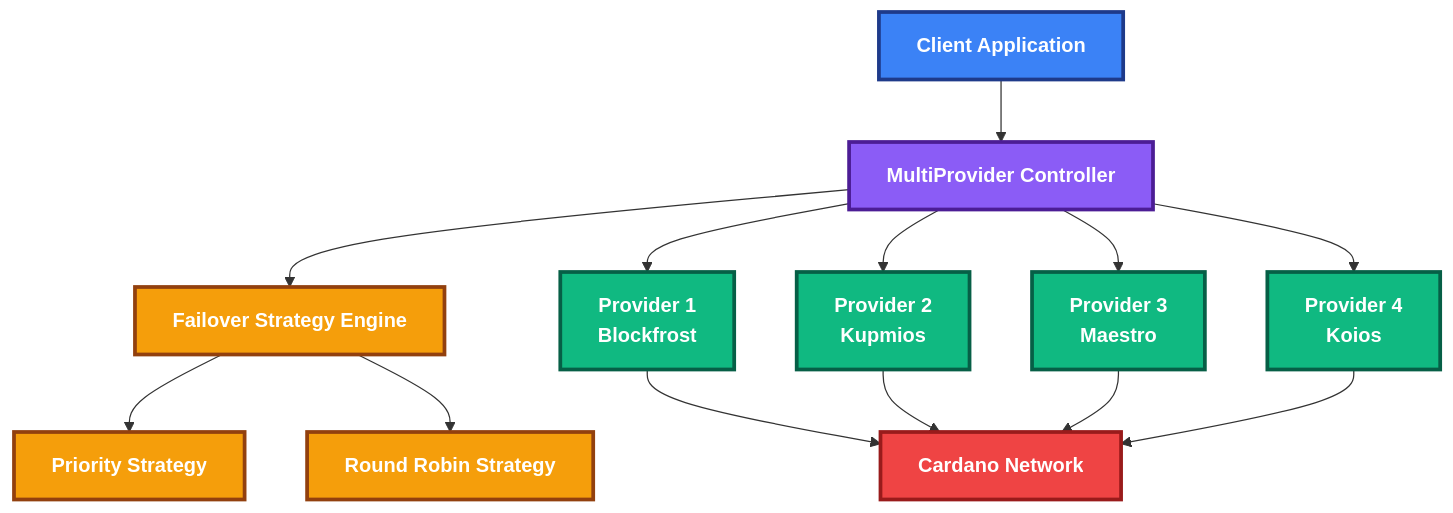
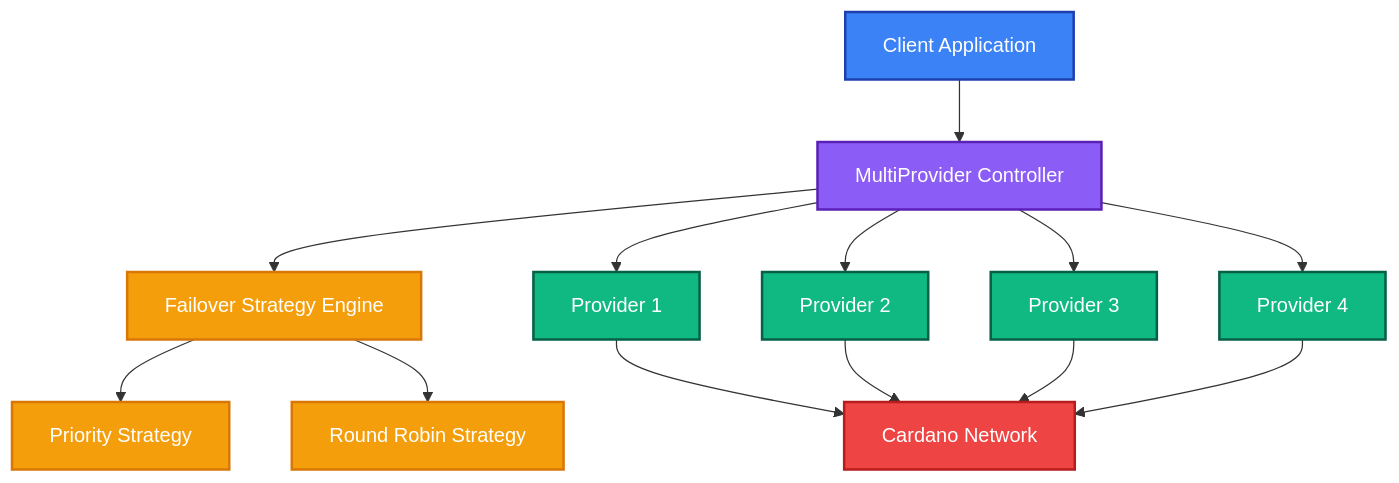
One commit to IntersectMBO/evolution-sdk changed the first of 5 diagrams in .specs/provider-failover.md. Above: the diagram before and after it, drawn with Mermaid. The commit also changed other lines of this file and 3 other files, not shown here.

````diff
--- a/.specs/provider-failover.md
+++ b/.specs/provider-failover.md
@@ -18,30 +19,30 @@
 ```mermaid
 graph TB
     Client[Client Application] --> MultiProvider[MultiProvider Controller]
     MultiProvider --> FailoverStrategy[Failover Strategy Engine]
     
     FailoverStrategy --> Priority[Priority Strategy]
     FailoverStrategy --> RoundRobin[Round Robin Strategy]
     
-    MultiProvider --> P1[Provider 1<br/>Blockfrost]
-    MultiProvider --> P2[Provider 2<br/>Kupmios]
-    MultiProvider --> P3[Provider 3<br/>Maestro]
-    MultiProvider --> P4[Provider 4<br/>Koios]
+    MultiProvider --> P1[Provider 1]
+    MultiProvider --> P2[Provider 2]
+    MultiProvider --> P3[Provider 3]
+    MultiProvider --> P4[Provider 4]
     
     P1 --> CardanoNetwork[Cardano Network]
     P2 --> CardanoNetwork
     P3 --> CardanoNetwork
     P4 --> CardanoNetwork
     
-    classDef client fill:#3b82f6,stroke:#1e3a8a,stroke-width:3px,color:#ffffff,font-weight:bold
-    classDef controller fill:#8b5cf6,stroke:#4c1d95,stroke-width:3px,color:#ffffff,font-weight:bold
-    classDef strategy fill:#f59e0b,stroke:#92400e,stroke-width:3px,color:#ffffff,font-weight:bold
-    classDef provider fill:#10b981,stroke:#065f46,stroke-width:3px,color:#ffffff,font-weight:bold
-    classDef network fill:#ef4444,stroke:#991b1b,stroke-width:3px,color:#ffffff,font-weight:bold
+    classDef client fill:#3b82f6,stroke:#1e40af,stroke-width:2px,color:#ffffff
+    classDef controller fill:#8b5cf6,stroke:#5b21b6,stroke-width:2px,color:#ffffff
+    classDef strategy fill:#f59e0b,stroke:#d97706,stroke-width:2px,color:#ffffff
+    classDef provider fill:#10b981,stroke:#065f46,stroke-width:2px,color:#ffffff
+    classDef network fill:#ef4444,stroke:#b91c1c,stroke-width:2px,color:#ffffff
     
     class Client client
     class MultiProvider controller
     class FailoverStrategy,Priority,RoundRobin strategy
     class P1,P2,P3,P4 provider
     class CardanoNetwork network
 ```
````
